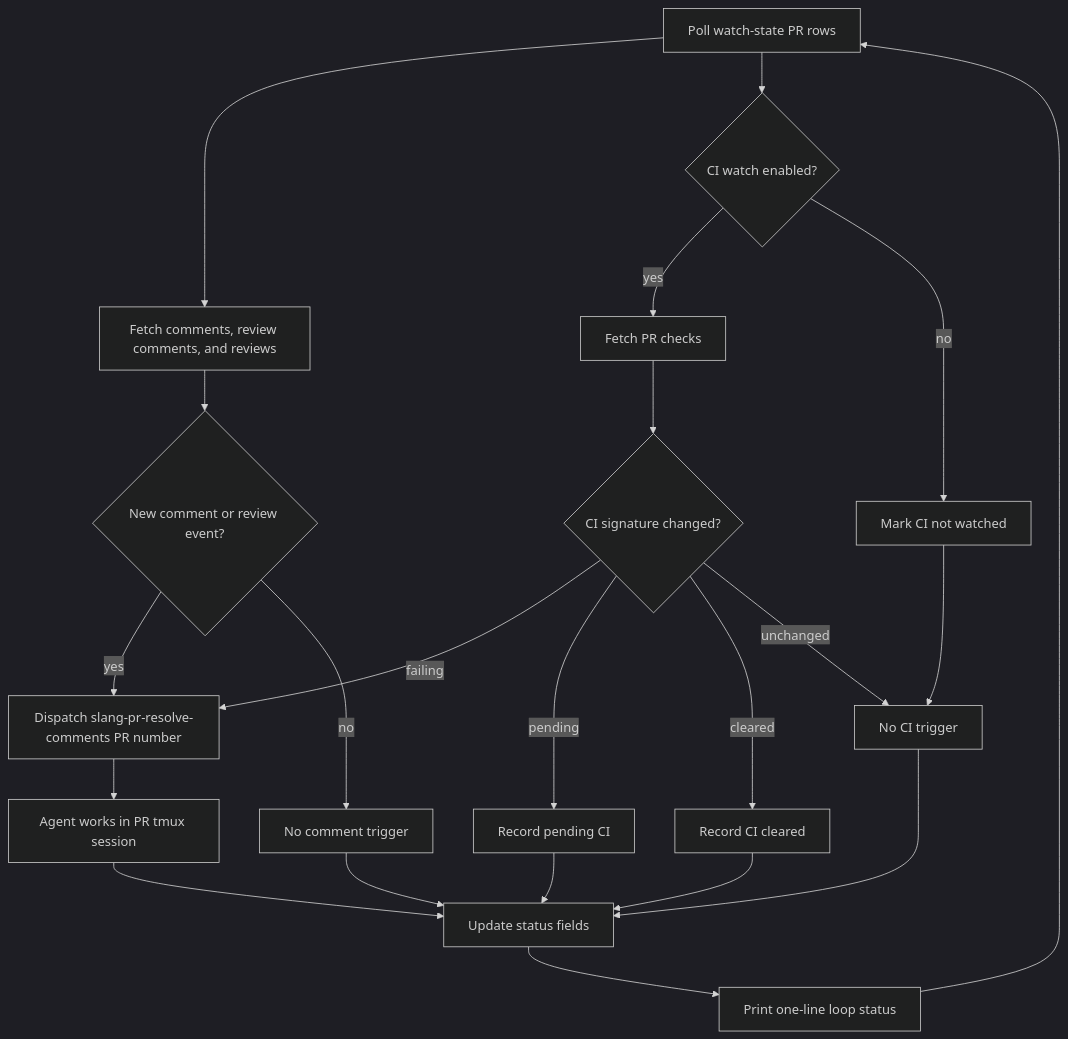
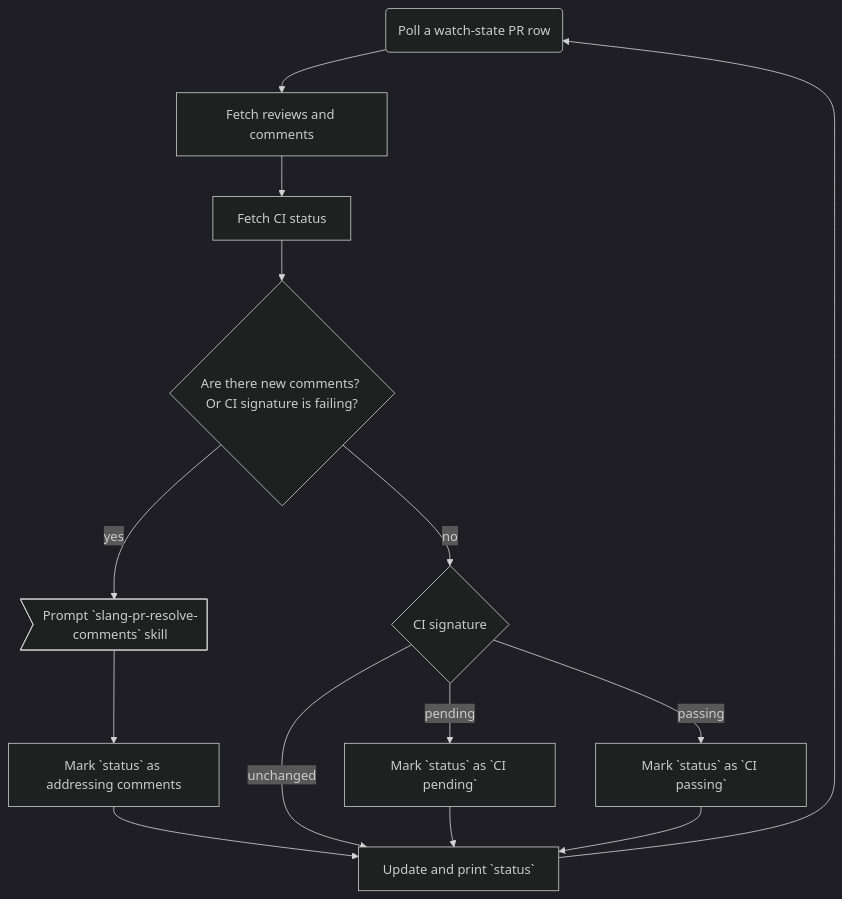
Before and after one commit to jkwak-work/slang: the second of 2 diagrams in extras/watch-github.md, drawn with Mermaid (dark theme). The commit also changed other lines of this file and 1 other file, not shown here.

Commit message:
Update GitHub watcher automation flow

````diff
--- a/extras/watch-github.md
+++ b/extras/watch-github.md
@@ -59,27 +66,16 @@
 ```mermaid
 flowchart TD
-    A[Poll watch-state PR rows] --> B[Fetch comments, review comments, and reviews]
-    A --> C{CI watch enabled?}
-    C -- yes --> D[Fetch PR checks]
-    C -- no --> E[Mark CI not watched]
-
-    B --> F{New comment or review event?}
-    D --> G{CI signature changed?}
-    E --> H[No CI trigger]
-
-    F -- yes --> I[Dispatch slang-pr-resolve-comments PR number]
-    F -- no --> J[No comment trigger]
-    G -- failing --> I
-    G -- pending --> K[Record pending CI]
-    G -- cleared --> L[Record CI cleared]
-    G -- unchanged --> H
-
-    I --> M[Agent works in PR tmux session]
-    J --> N[Update status fields]
-    H --> N
-    K --> N
+    A(Poll a watch-state PR row) --> B[Fetch reviews and comments]
+    B --> C[Fetch CI status]
+    C --> F{Are there new comments? Or CI signature is failing?}
+    F -- yes --> I>Prompt `slang-pr-resolve-comments` skill]
+    I --> M[Mark `status` as addressing comments]
+    M --> N
+    F -- no --> G{CI signature}
+    G -- pending --> K[Mark `status` as `CI pending`]
+    G -- passing --> L[Mark `status` as `CI passing`]
+    G -- unchanged --> N
+    K --> N[Update and print `status`]
     L --> N
-    M --> N
-    N --> O[Print one-line loop status]
-    O --> A
+    N --> A
 ```
````
